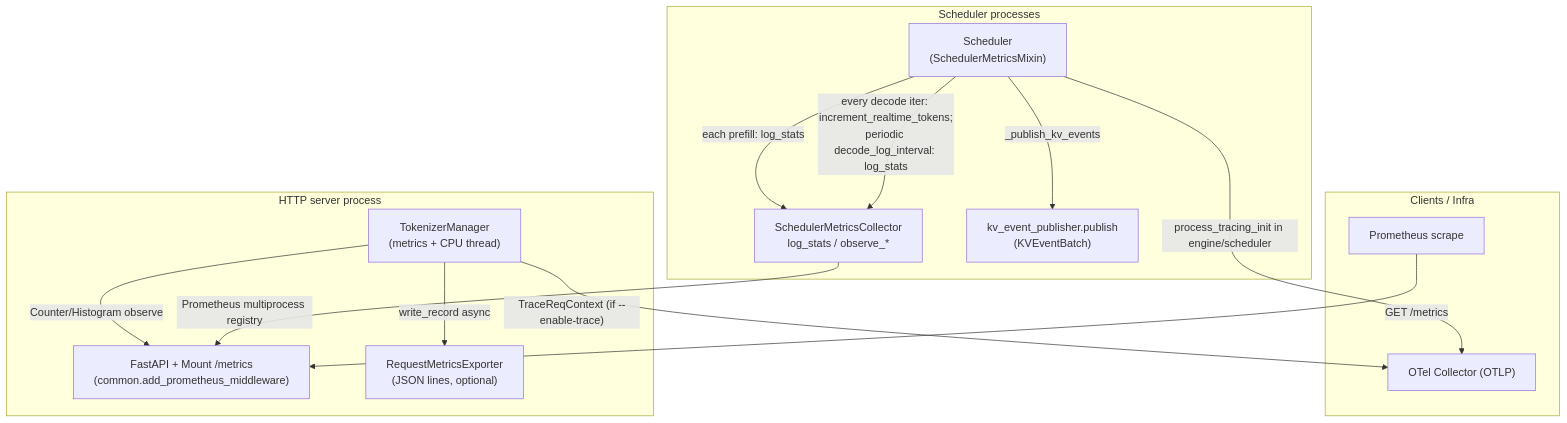
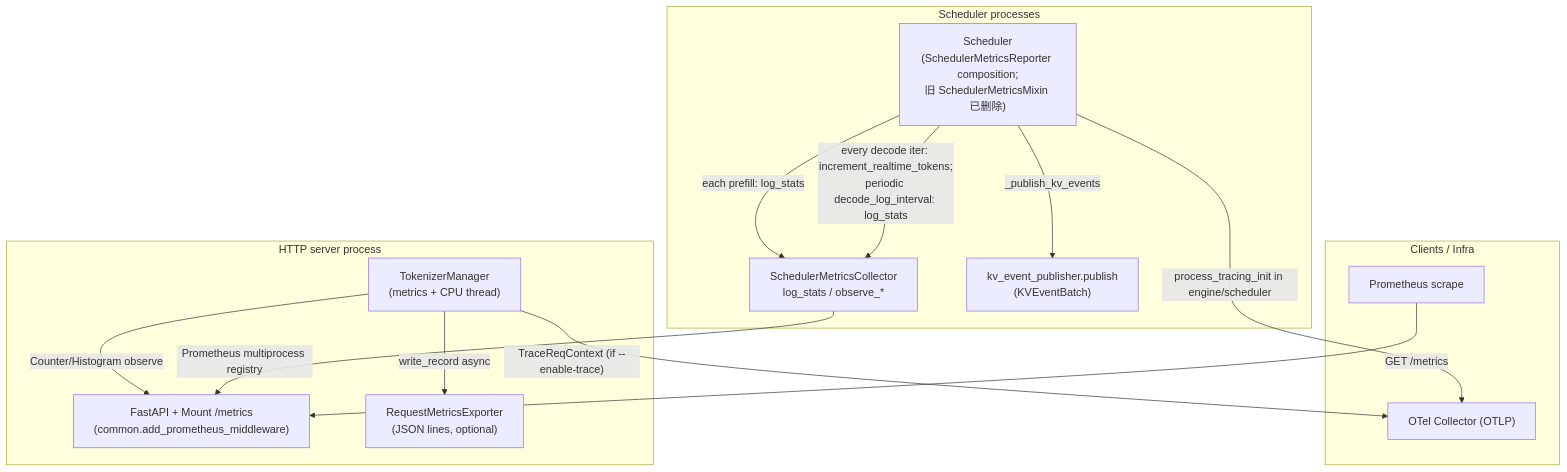
The diagram in sglang/modules/observability.md (learning-sketch/wiki), drawn with Mermaid before and after one commit. The commit also changed 7 other files, not shown here.

````diff
--- a/sglang/modules/observability.md
+++ b/sglang/modules/observability.md
@@ -62,26 +62,26 @@
 ```mermaid
 flowchart TB
     subgraph clients["Clients / Infra"]
         Prom["Prometheus scrape"]
         OTLP["OTel Collector (OTLP)"]
     end
     subgraph http["HTTP server process"]
         TM["TokenizerManager<br/>(metrics + CPU thread)"]
         ASGI["FastAPI + Mount /metrics<br/>(common.add_prometheus_middleware)"]
         FE["RequestMetricsExporter<br/>(JSON lines, optional)"]
     end
     subgraph sched["Scheduler processes"]
-        SCH["Scheduler<br/>(SchedulerMetricsMixin)"]
+        SCH["Scheduler<br/>(SchedulerMetricsReporter composition;<br/>旧 SchedulerMetricsMixin 已删除)"]
         MC["SchedulerMetricsCollector<br/>log_stats / observe_*"]
         KVpub["kv_event_publisher.publish<br/>(KVEventBatch)"]
     end
     TM -->|"Counter/Histogram observe"| ASGI
     SCH -->|"each prefill: log_stats"| MC
     SCH -->|"every decode iter: increment_realtime_tokens;<br/>periodic decode_log_interval: log_stats"| MC
     SCH -->|"_publish_kv_events"| KVpub
     MC -->|"Prometheus multiprocess registry"| ASGI
     Prom -->|"GET /metrics"| ASGI
     TM -->|"TraceReqContext (if --enable-trace)"| OTLP
     SCH -->|"process_tracing_init in engine/scheduler"| OTLP
     TM -->|"write_record async"| FE
 ```
````
